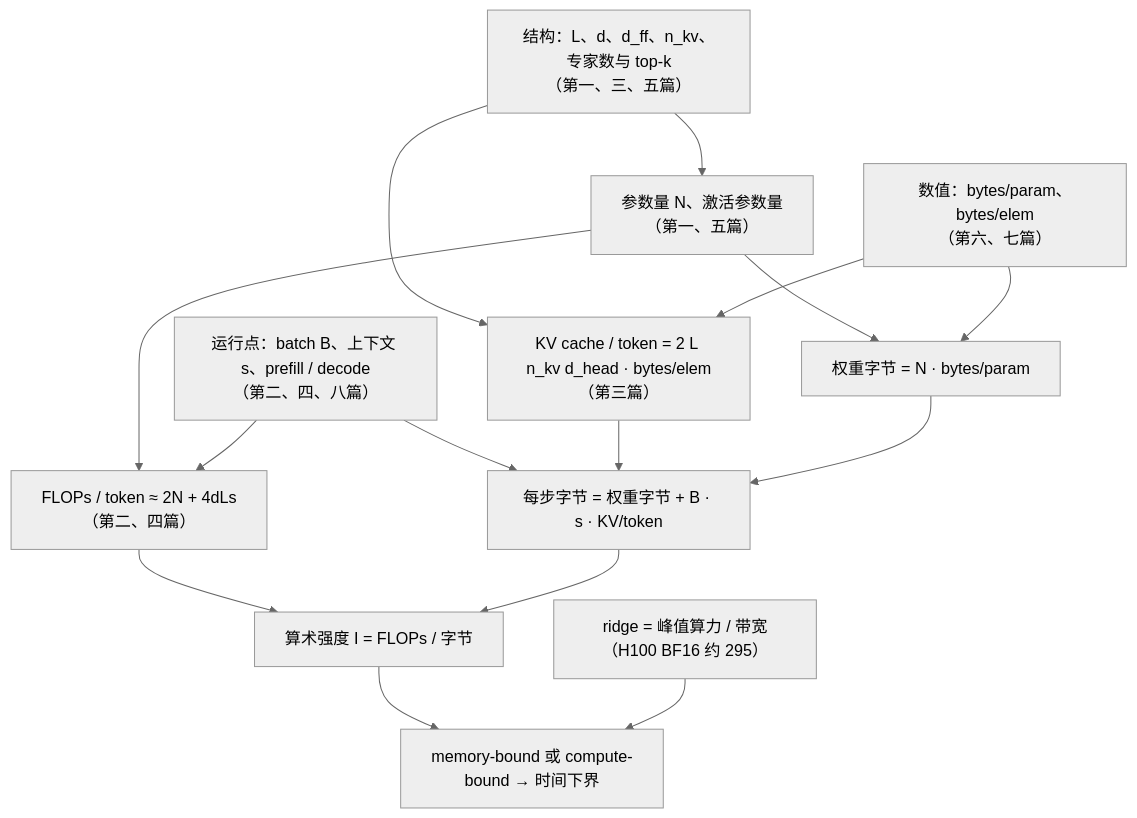
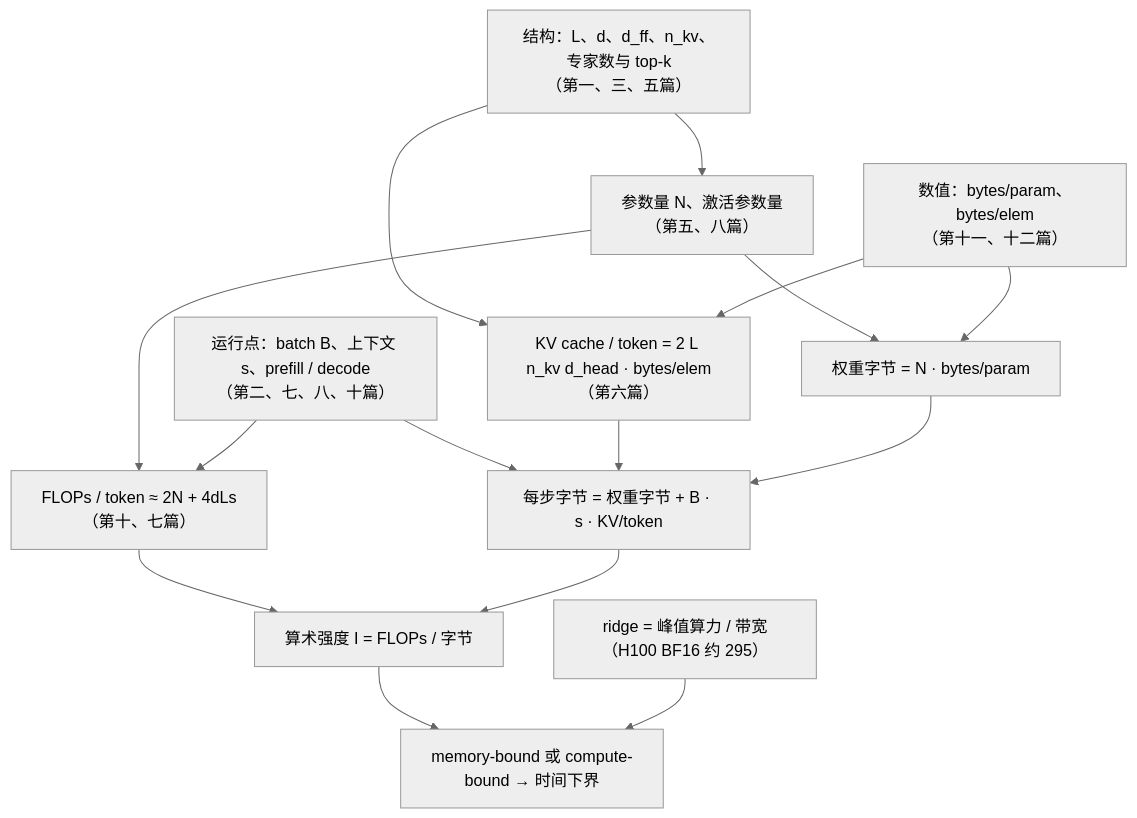
One commit to arganzheng/arganzheng.github.com changed the second of 2 diagrams in _posts/2026-04-09-transformer-and-llm-series-recap-and-self-test.md. Above: the diagram before and after it, drawn with Mermaid (neutral theme). The commit also changed other lines of this file and 58 other files, not shown here.

````diff
--- a/_posts/2026-04-09-transformer-and-llm-series-recap-and-self-test.md
+++ b/_posts/2026-04-09-transformer-and-llm-series-recap-and-self-test.md
@@ -208,29 +304,29 @@
 ```mermaid
-%% 图：八篇共用的成本模型：结构与数值决定参数量、权重字节与 KV cache，运行点决定工作点，算术强度与 ridge 比较
+%% 图：第三段共用的成本模型：结构与数值决定参数量、权重字节与 KV cache，运行点决定工作点，算术强度与 ridge 比较
 flowchart TB
     S["结构：L、d、d_ff、n_kv、专家数与 top-k<br/>（第一、三、五篇）"]
-    N["参数量 N、激活参数量<br/>（第一、五篇）"]
-    K["KV cache / token = 2 L n_kv d_head · bytes/elem<br/>（第三篇）"]
-    D["数值：bytes/param、bytes/elem<br/>（第六、七篇）"]
+    N["参数量 N、激活参数量<br/>（第五、八篇）"]
+    K["KV cache / token = 2 L n_kv d_head · bytes/elem<br/>（第六篇）"]
+    D["数值：bytes/param、bytes/elem<br/>（第十一、十二篇）"]
     W["权重字节 = N · bytes/param"]
-    F["FLOPs / token ≈ 2N + 4dLs<br/>（第二、四篇）"]
-    R["运行点：batch B、上下文 s、prefill / decode<br/>（第二、四、八篇）"]
+    F["FLOPs / token ≈ 2N + 4dLs<br/>（第十、七篇）"]
+    R["运行点：batch B、上下文 s、prefill / decode<br/>（第二、七、八、十篇）"]
     H["每步字节 = 权重字节 + B · s · KV/token"]
     I["算术强度 I = FLOPs / 字节"]
     G["ridge = 峰值算力 / 带宽（H100 BF16 约 295）"]
     T["memory-bound 或 compute-bound → 时间下界"]
     S --> N
     S --> K
     N --> W
     D --> W
     D --> K
     N --> F
     R --> F
     R --> H
     K --> H
     W --> H
     F --> I
     H --> I
     I --> T
     G --> T
 ```
````
